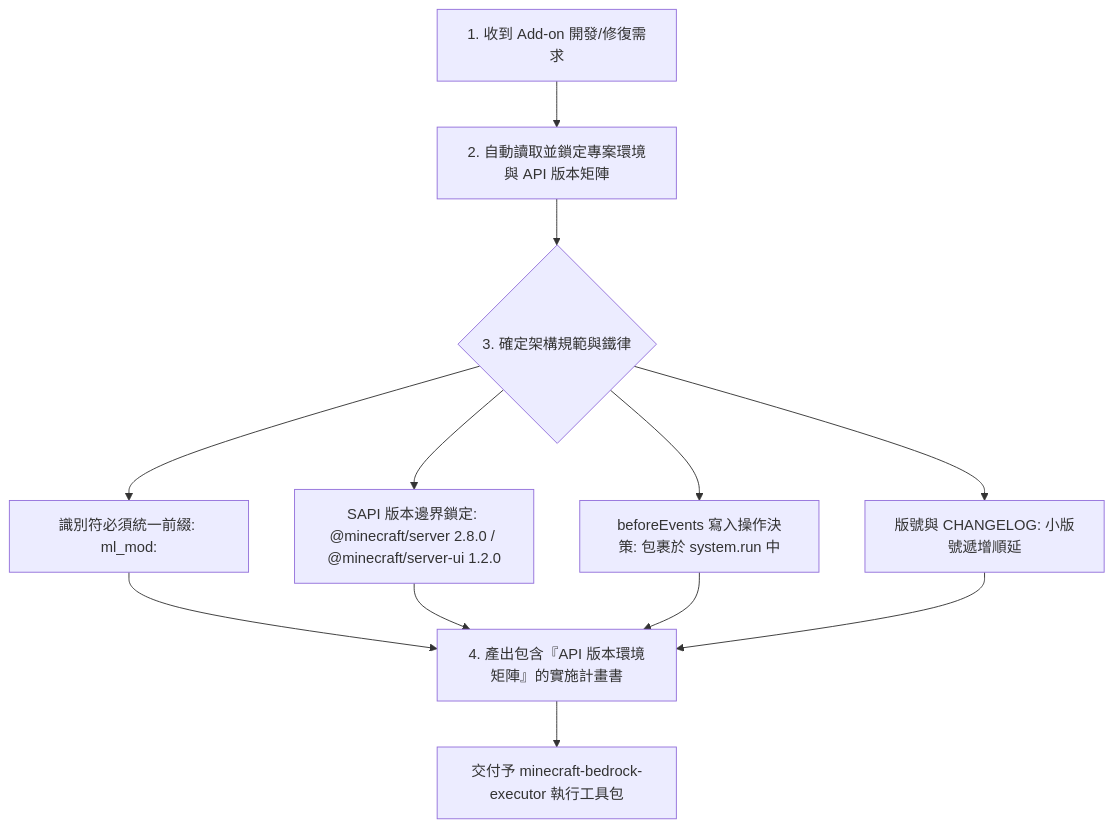
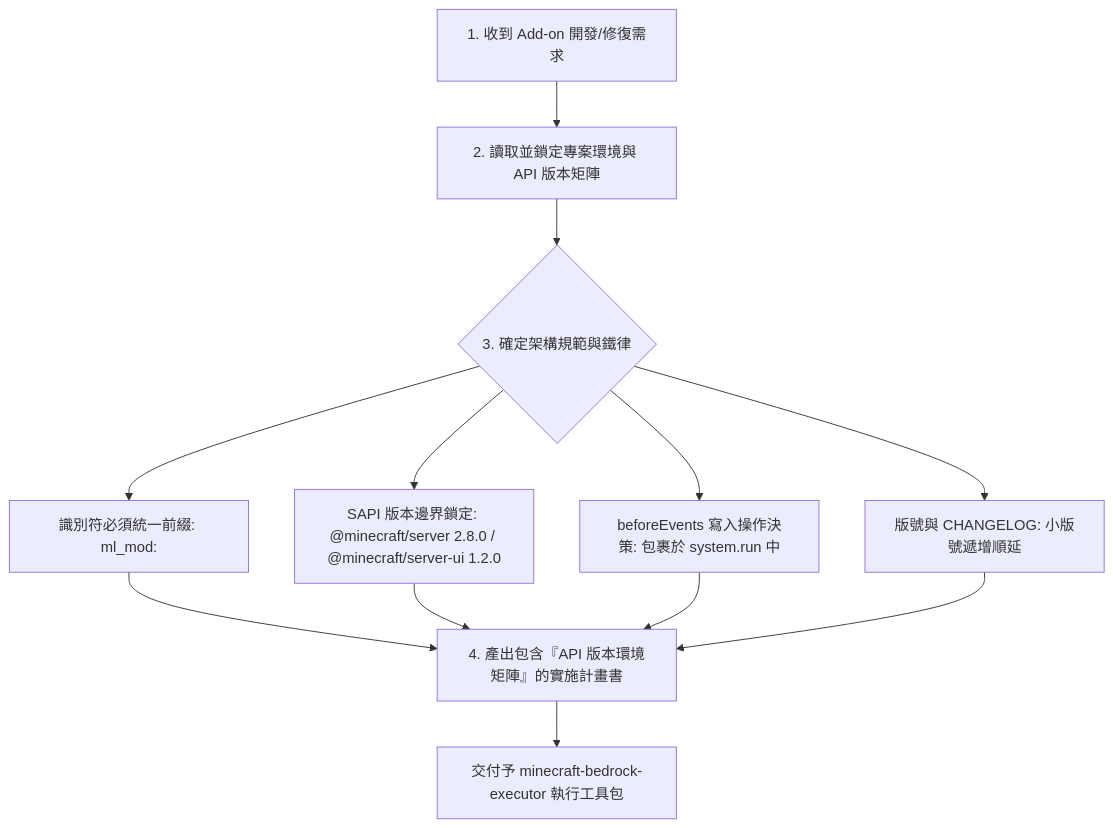
The diagram in .agents/skills/minecraft-bedrock-planner/SKILL.md (hi-6688/ml_addon), drawn with Mermaid before and after one commit. The commit also changed other lines of this file and 6 other files, not shown here.

````diff
--- a/.agents/skills/minecraft-bedrock-planner/SKILL.md
+++ b/.agents/skills/minecraft-bedrock-planner/SKILL.md
@@ -18,11 +18,11 @@
 ```mermaid
 graph TD
-    A[1. 收到 Add-on 開發/修復需求] --> B[2. 自動讀取並鎖定專案環境與 API 版本矩陣]
+    A[1. 收到 Add-on 開發/修復需求] --> B[2. 讀取並鎖定專案環境與 API 版本矩陣]
     B --> C{3. 確定架構規範與鐵律}
     C --> C1[識別符必須統一前綴: ml_mod:]
     C --> C2[SAPI 版本邊界鎖定: @minecraft/server 2.8.0 / @minecraft/server-ui 1.2.0]
     C --> C3[beforeEvents 寫入操作決策: 包裹於 system.run 中]
     C --> C4[版號與 CHANGELOG: 小版號遞增順延]
     C1 & C2 & C3 & C4 --> D[4. 產出包含『API 版本環境矩陣』的實施計畫書]
     D --> E[交付予 minecraft-bedrock-executor 執行工具包]
 ```
````
